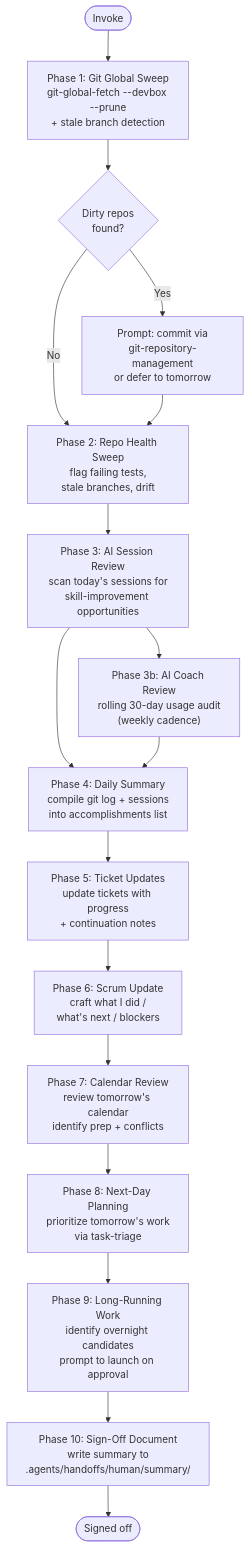
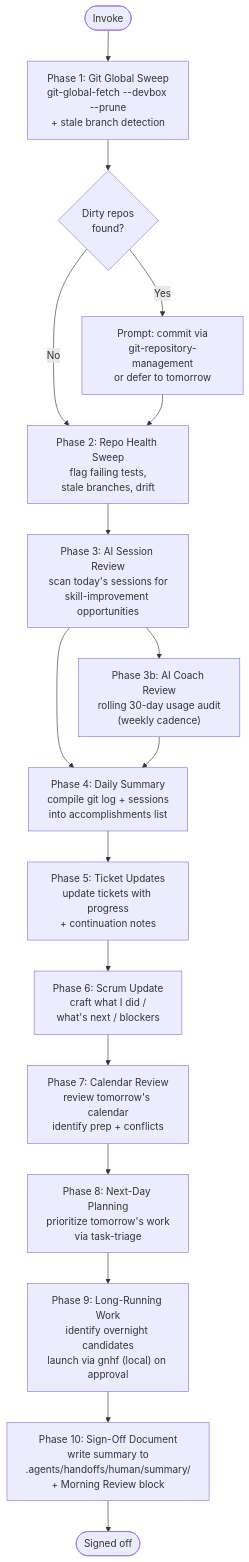
Before and after one commit to levonk/skills-releases: the diagram in skills/general/sign-off/INSTRUCTIONS.md, drawn with Mermaid. The commit also changed other lines of this file and 477 other files, not shown here.

````diff
--- a/skills/general/sign-off/INSTRUCTIONS.md
+++ b/skills/general/sign-off/INSTRUCTIONS.md
@@ -1255,20 +1255,20 @@
 ```mermaid
 flowchart TD
     Start([Invoke]) --> P1["Phase 1: Git Global Sweep<br/>git-global-fetch --devbox --prune<br/>+ stale branch detection"]
     P1 --> P1D{"Dirty repos<br/>found?"}
     P1D -->|"Yes"| P1C["Prompt: commit via<br/>git-repository-management<br/>or defer to tomorrow"]
     P1D -->|"No"| P2
     P1C --> P2["Phase 2: Repo Health Sweep<br/>flag failing tests,<br/>stale branches, drift"]
     P2 --> P3["Phase 3: AI Session Review<br/>scan today's sessions for<br/>skill-improvement opportunities"]
     P3 --> P4["Phase 4: Daily Summary<br/>compile git log + sessions<br/>into accomplishments list"]
     P3B["Phase 3b: AI Coach Review<br/>rolling 30-day usage audit<br/>(weekly cadence)"]
     P3 --> P3B
     P3B --> P4
     P4 --> P5["Phase 5: Ticket Updates<br/>update tickets with progress<br/>+ continuation notes"]
     P5 --> P6["Phase 6: Scrum Update<br/>craft what I did /<br/>what's next / blockers"]
     P6 --> P7["Phase 7: Calendar Review<br/>review tomorrow's calendar<br/>identify prep + conflicts"]
     P7 --> P8["Phase 8: Next-Day Planning<br/>prioritize tomorrow's work<br/>via task-triage"]
-    P8 --> P9["Phase 9: Long-Running Work<br/>identify overnight candidates<br/>prompt to launch on approval"]
-    P9 --> P10["Phase 10: Sign-Off Document<br/>write summary to<br/>.agents/handoffs/human/summary/"]
+    P8 --> P9["Phase 9: Long-Running Work<br/>identify overnight candidates<br/>launch via gnhf (local) on approval"]
+    P9 --> P10["Phase 10: Sign-Off Document<br/>write summary to<br/>.agents/handoffs/human/summary/<br/>+ Morning Review block"]
     P10 --> Done([Signed off])
 ```
````
